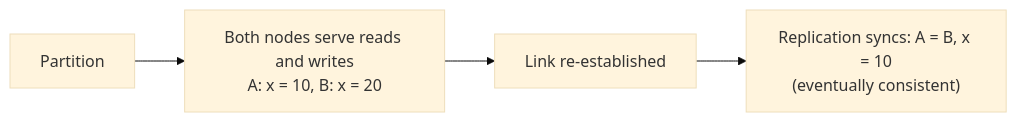
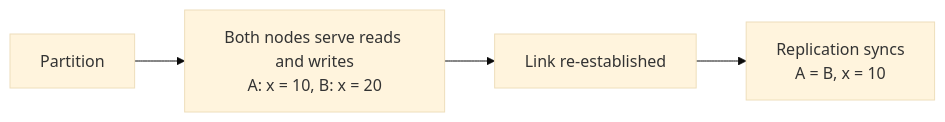
Before and after one commit to aaryan-pradhan/core-cs-fundamentals: the seventh of 8 diagrams in dbms/20-cap-theorem.md, drawn with Mermaid (base theme). The commit also changed other lines of this file, not shown here.

````diff
--- a/dbms/20-cap-theorem.md
+++ b/dbms/20-cap-theorem.md
@@ -115,6 +109,6 @@
-         ```mermaid
-         flowchart LR
-           P["Partition"] --> I["Both nodes serve reads and writes<br/>A: x = 10, B: x = 20"]
-           I --> L["Link re-established"]
-           L --> S["Replication syncs: A = B, x = 10<br/>(eventually consistent)"]
-         ```
+```mermaid
+flowchart LR
+  P["Partition"] --> I["Both nodes serve reads and writes<br/>A: x = 10, B: x = 20"]
+  I --> L["Link re-established"]
+  L --> S["Replication syncs<br/>A = B, x = 10"]
+```
````
